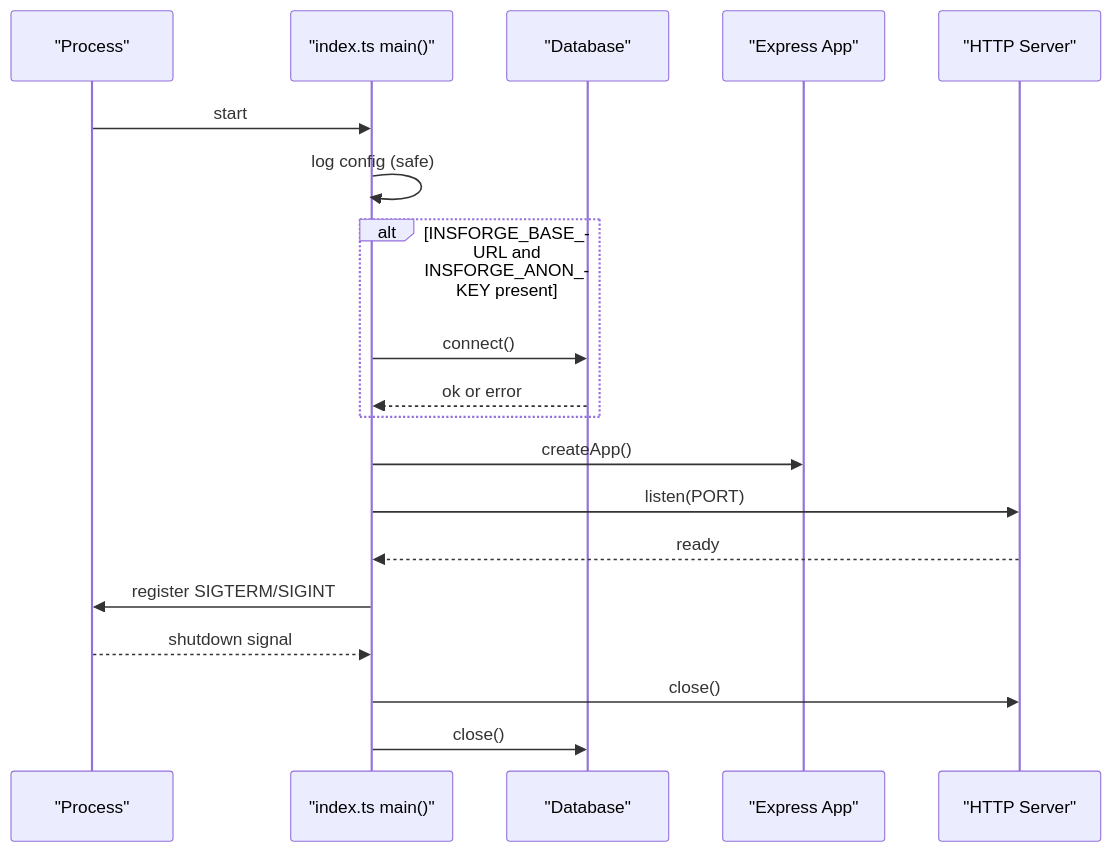
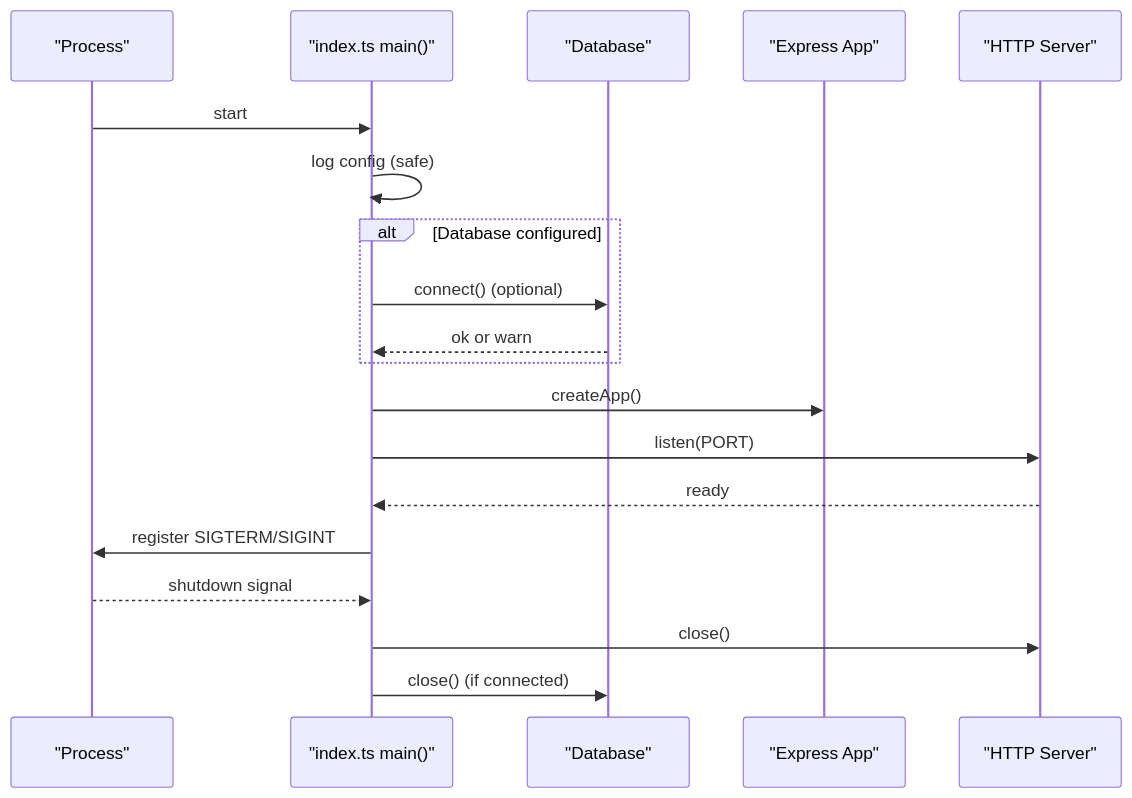
The fifth of 7 diagrams in .qoder/repowiki/en/content/Deployment & Operations.md (vishnusaibhosekar/ares), drawn with Mermaid before and after one commit. The commit also changed other lines of this file and 10 other files, not shown here.

````diff
--- a/.qoder/repowiki/en/content/Deployment & Operations.md
+++ b/.qoder/repowiki/en/content/Deployment & Operations.md
@@ -224,21 +264,21 @@
 ```mermaid
 sequenceDiagram
 participant Proc as "Process"
 participant Entry as "index.ts main()"
 participant DB as "Database"
 participant App as "Express App"
 participant HTTP as "HTTP Server"
 Proc->>Entry : start
 Entry->>Entry : log config (safe)
-alt INSFORGE_BASE_URL and INSFORGE_ANON_KEY present
-Entry->>DB : connect()
-DB-->>Entry : ok or error
+alt Database configured
+Entry->>DB : connect() (optional)
+DB-->>Entry : ok or warn
 end
 Entry->>App : createApp()
 Entry->>HTTP : listen(PORT)
 HTTP-->>Entry : ready
 Entry->>Proc : register SIGTERM/SIGINT
 Proc-->>Entry : shutdown signal
 Entry->>HTTP : close()
-Entry->>DB : close()
+Entry->>DB : close() (if connected)
 ```
````
